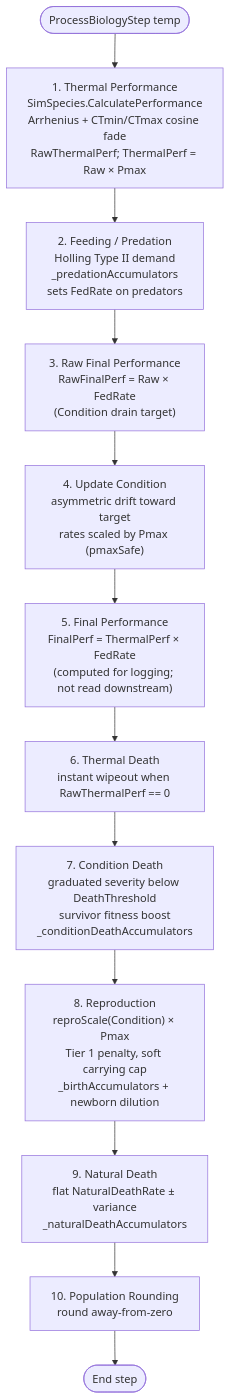
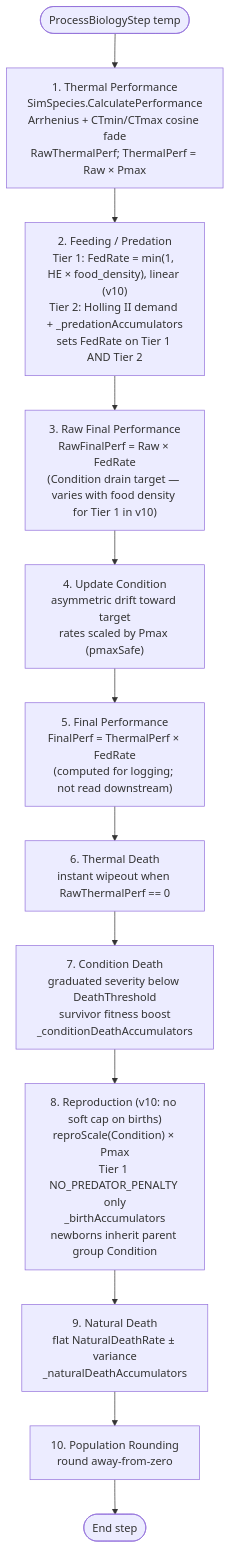
The diagram in docs/diagrams/biology-overview.md (Ghostlab-Studios/tinysea), drawn with Mermaid before and after one commit. The commit also changed other lines of this file and 15 other files, not shown here.

````diff
--- a/docs/diagrams/biology-overview.md
+++ b/docs/diagrams/biology-overview.md
@@ -5,14 +5,14 @@
 ```mermaid
 flowchart TD
     Start([ProcessBiologyStep temp]) --> S1["1. Thermal Performance<br/>SimSpecies.CalculatePerformance<br/>Arrhenius + CTmin/CTmax cosine fade<br/>RawThermalPerf; ThermalPerf = Raw × Pmax"]
-    S1 --> S2["2. Feeding / Predation<br/>Holling Type II demand<br/>_predationAccumulators<br/>sets FedRate on predators"]
-    S2 --> S3["3. Raw Final Performance<br/>RawFinalPerf = Raw × FedRate<br/>(Condition drain target)"]
+    S1 --> S2["2. Feeding / Predation<br/>Tier 1: FedRate = min(1, HE × food_density), linear (v10)<br/>Tier 2: Holling II demand + _predationAccumulators<br/>sets FedRate on Tier 1 AND Tier 2"]
+    S2 --> S3["3. Raw Final Performance<br/>RawFinalPerf = Raw × FedRate<br/>(Condition drain target — varies with food density for Tier 1 in v10)"]
     S3 --> S4["4. Update Condition<br/>asymmetric drift toward target<br/>rates scaled by Pmax (pmaxSafe)"]
     S4 --> S5["5. Final Performance<br/>FinalPerf = ThermalPerf × FedRate<br/>(computed for logging; not read downstream)"]
     S5 --> S6["6. Thermal Death<br/>instant wipeout when RawThermalPerf == 0"]
     S6 --> S7["7. Condition Death<br/>graduated severity below DeathThreshold<br/>survivor fitness boost<br/>_conditionDeathAccumulators"]
-    S7 --> S8["8. Reproduction<br/>reproScale(Condition) × Pmax<br/>Tier 1 penalty, soft carrying cap<br/>_birthAccumulators + newborn dilution"]
+    S7 --> S8["8. Reproduction (v10: no soft cap on births)<br/>reproScale(Condition) × Pmax<br/>Tier 1 NO_PREDATOR_PENALTY only<br/>_birthAccumulators<br/>newborns inherit parent group Condition"]
     S8 --> S9["9. Natural Death<br/>flat NaturalDeathRate ± variance<br/>_naturalDeathAccumulators"]
     S9 --> S10["10. Population Rounding<br/>round away-from-zero"]
     S10 --> End([End step])
 ```
````
